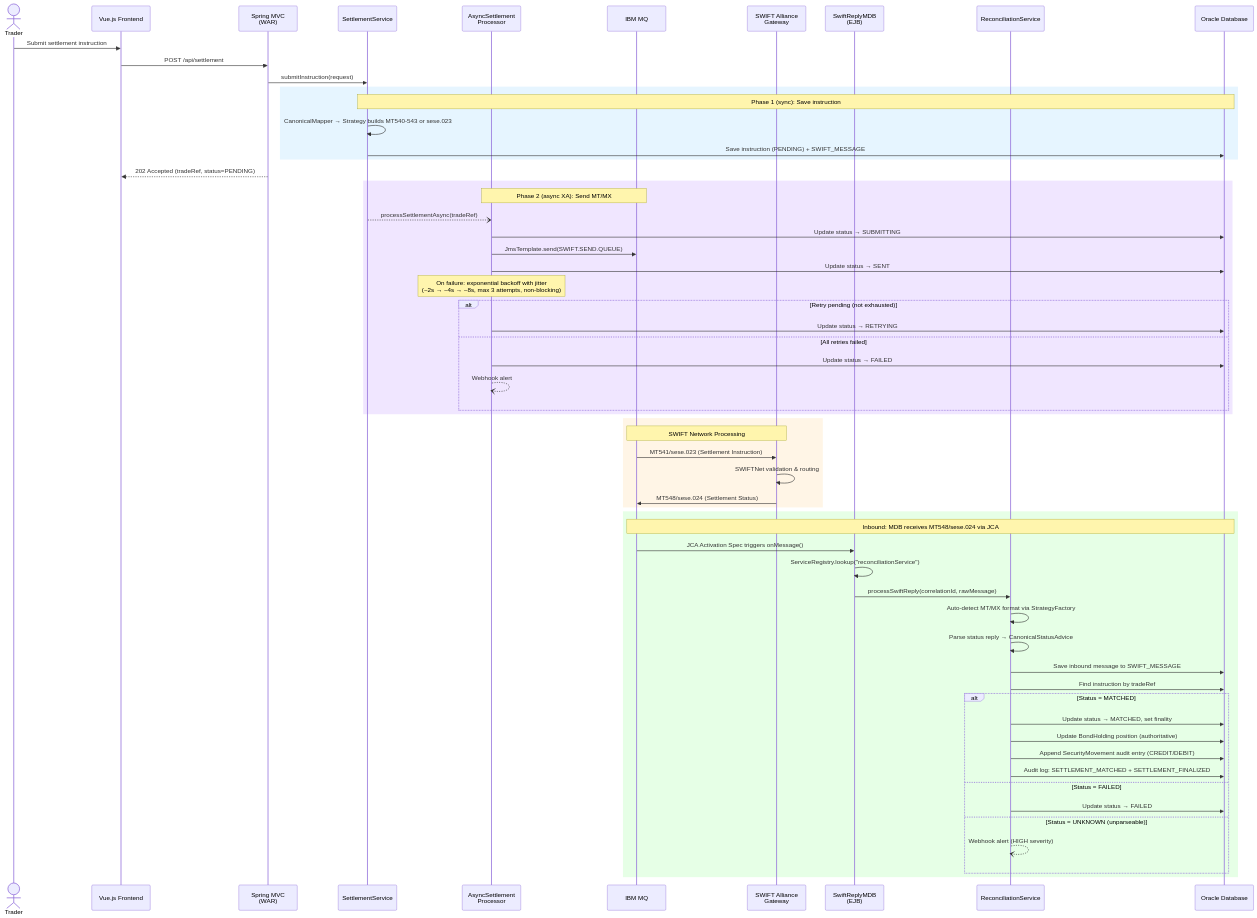
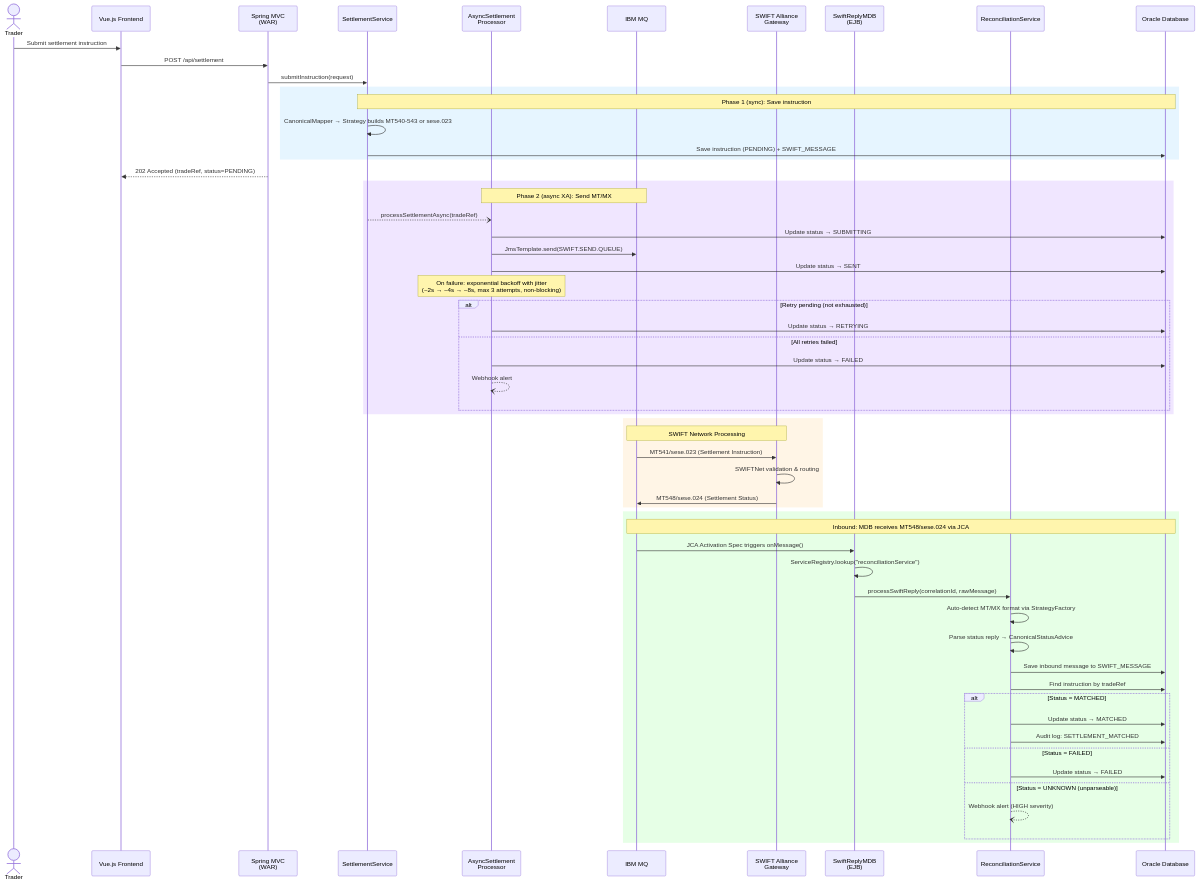
Before and after one commit to vonsylvia/my-bond-settlement-system: the first of 4 diagrams in README.md, drawn with Mermaid. The commit also changed other lines of this file and 31 other files, not shown here.

````diff
--- a/README.md
+++ b/README.md
@@ -47,68 +46,66 @@
 ```mermaid
 sequenceDiagram
     actor Trader
     participant UI as Vue.js Frontend
     participant API as Spring MVC<br/>(WAR)
     participant SVC as SettlementService
     participant ASYNC as AsyncSettlement<br/>Processor
     participant MQ as IBM MQ
     participant GW as SWIFT Alliance<br/>Gateway
     participant MDB as SwiftReplyMDB<br/>(EJB)
     participant REC as ReconciliationService
     participant DB as Oracle Database
 
     Trader->>UI: Submit settlement instruction
     UI->>API: POST /api/settlement
     API->>SVC: submitInstruction(request)
 
     rect rgb(230, 245, 255)
         Note over SVC,DB: Phase 1 (sync): Save instruction
         SVC->>SVC: CanonicalMapper → Strategy builds MT540-543 or sese.023
         SVC->>DB: Save instruction (PENDING) + SWIFT_MESSAGE
     end
 
     API-->>UI: 202 Accepted (tradeRef, status=PENDING)
 
     rect rgb(240, 230, 255)
         Note over ASYNC,MQ: Phase 2 (async XA): Send MT/MX
         SVC--)ASYNC: processSettlementAsync(tradeRef)
         ASYNC->>DB: Update status → SUBMITTING
         ASYNC->>MQ: JmsTemplate.send(SWIFT.SEND.QUEUE)
         ASYNC->>DB: Update status → SENT
         Note over ASYNC: On failure: exponential backoff with jitter<br/>(~2s → ~4s → ~8s, max 3 attempts, non-blocking)
         alt Retry pending (not exhausted)
             ASYNC->>DB: Update status → RETRYING
         else All retries failed
             ASYNC->>DB: Update status → FAILED
             ASYNC--)ASYNC: Webhook alert
         end
     end
 
     rect rgb(255, 245, 230)
         Note over MQ,GW: SWIFT Network Processing
         MQ->>GW: MT541/sese.023 (Settlement Instruction)
         GW->>GW: SWIFTNet validation & routing
         GW->>MQ: MT548/sese.024 (Settlement Status)
     end
 
     rect rgb(230, 255, 230)
         Note over MQ,DB: Inbound: MDB receives MT548/sese.024 via JCA
         MQ->>MDB: JCA Activation Spec triggers onMessage()
         MDB->>MDB: ServiceRegistry.lookup("reconciliationService")
         MDB->>REC: processSwiftReply(correlationId, rawMessage)
         REC->>REC: Auto-detect MT/MX format via StrategyFactory
         REC->>REC: Parse status reply → CanonicalStatusAdvice
         REC->>DB: Save inbound message to SWIFT_MESSAGE
         REC->>DB: Find instruction by tradeRef
         alt Status = MATCHED
-            REC->>DB: Update status → MATCHED, set finality
-            REC->>DB: Update BondHolding position (authoritative)
-            REC->>DB: Append SecurityMovement audit entry (CREDIT/DEBIT)
-            REC->>DB: Audit log: SETTLEMENT_MATCHED + SETTLEMENT_FINALIZED
+            REC->>DB: Update status → MATCHED
+            REC->>DB: Audit log: SETTLEMENT_MATCHED
         else Status = FAILED
             REC->>DB: Update status → FAILED
         else Status = UNKNOWN (unparseable)
             REC--)REC: Webhook alert (HIGH severity)
         end
     end
 ```
````
